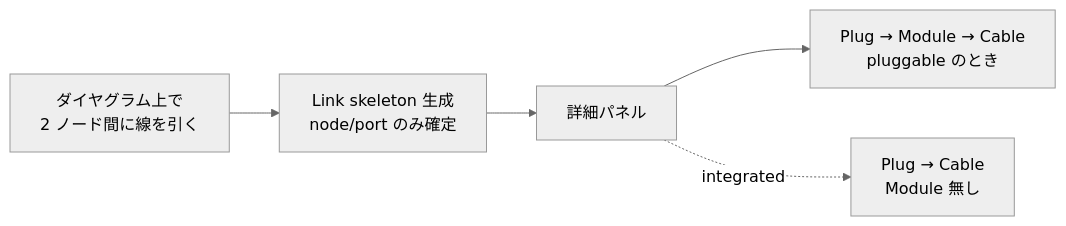
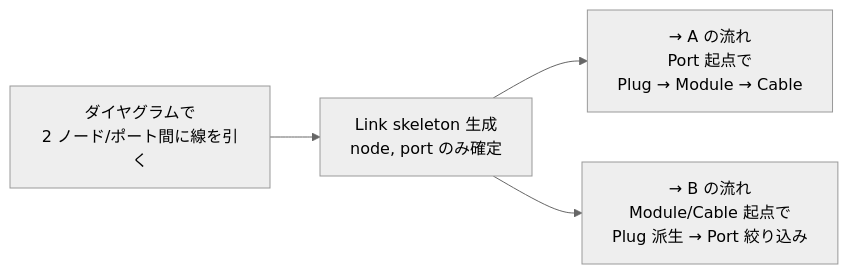
One commit to konoe-akitoshi/shumoku changed the fifth of 5 diagrams in apps/editor/docs/connection-model.md. Above: the diagram before and after it, drawn with Mermaid (neutral theme). The commit also changed other lines of this file, not shown here.

Commit message:
docs(connection-model): C converges into A or B
Pattern C isn't a complete cascade on its own — drawing a line on the
canvas just creates the Link skeleton, and the user finishes the
work via either A (port-first cascade in the detail panel) or B
(module/cable-first cascade). Make the diagram funnel C → {A, B}
explicitly so readers see C as an alternate entry rather than a
parallel third flow.

````diff
--- a/apps/editor/docs/connection-model.md
+++ b/apps/editor/docs/connection-model.md
@@ -168,7 +168,6 @@
 ```mermaid
 flowchart LR
-  D[ダイヤグラム上で<br/>2 ノード間に線を引く] --> S[Link skeleton 生成<br/>node/port のみ確定]
-  S --> DP[詳細パネル]
-  DP --> M[Plug → Module → Cable<br/>pluggable のとき]
-  DP -. integrated .-> NM[Plug → Cable<br/>Module 無し]
+  D[ダイヤグラムで<br/>2 ノード/ポート間に線を引く] --> S[Link skeleton 生成<br/>node, port のみ確定]
+  S --> A[→ A の流れ<br/>Port 起点で<br/>Plug → Module → Cable]
+  S --> B[→ B の流れ<br/>Module/Cable 起点で<br/>Plug 派生 → Port 絞り込み]
 ```
````
